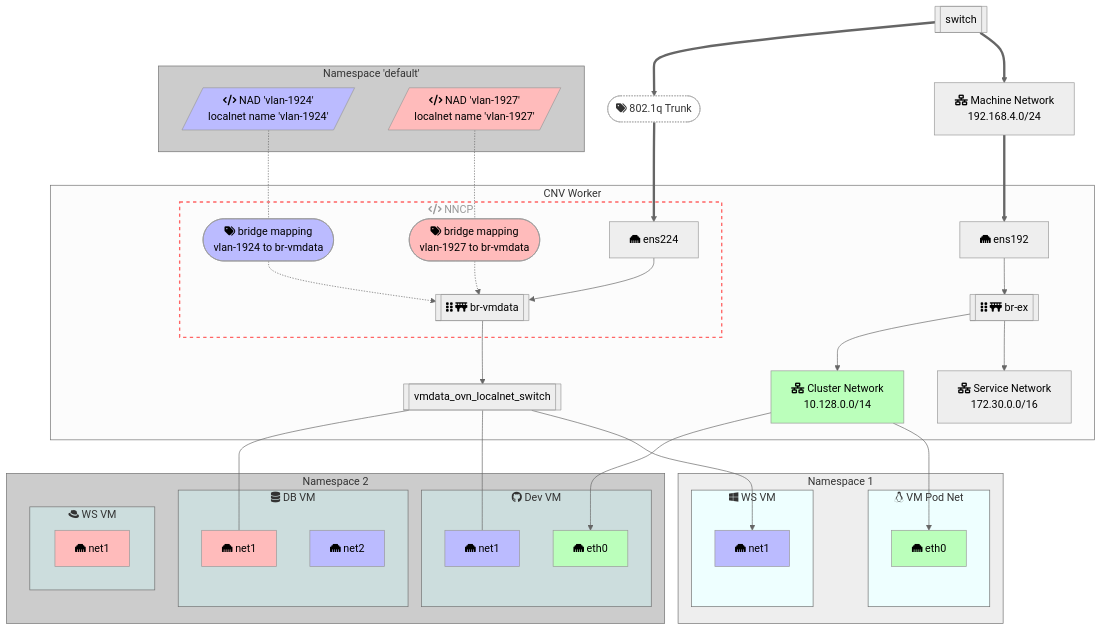
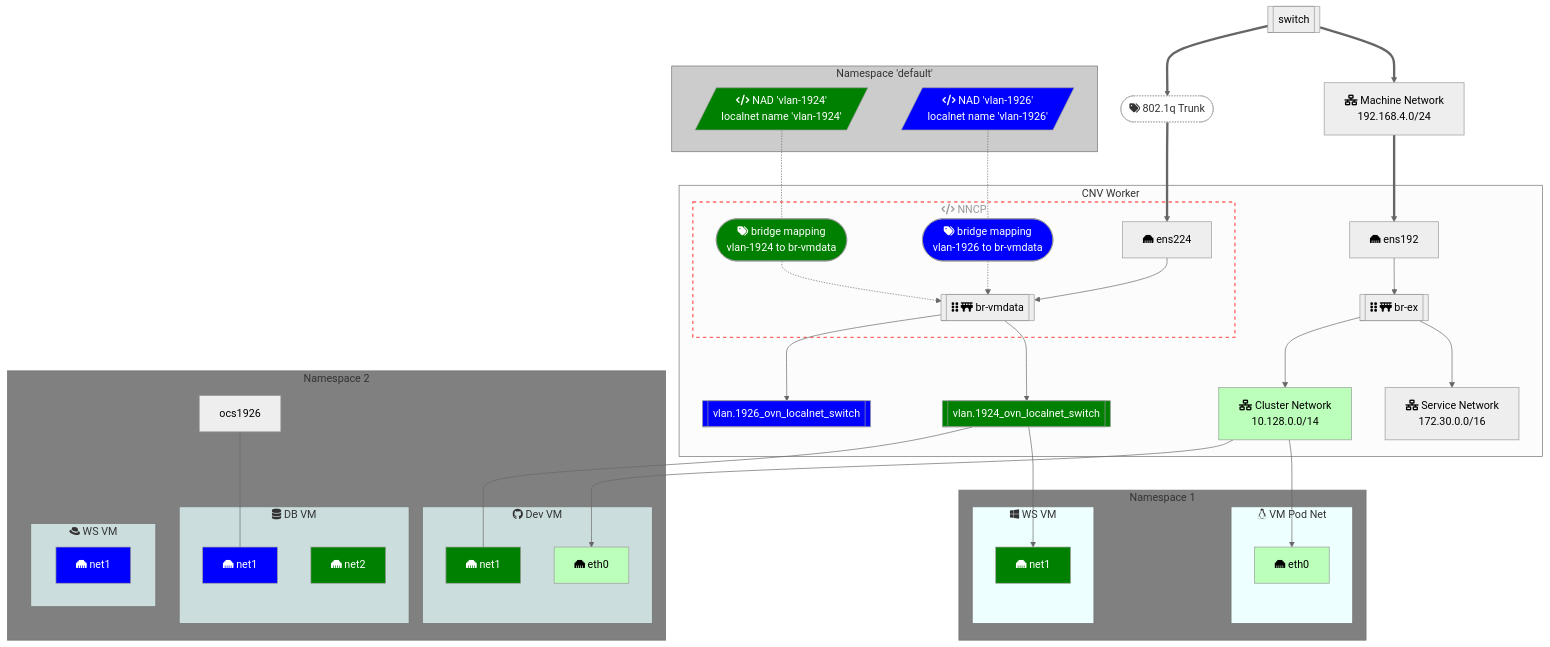
One commit to dlbewley/demo-virt changed the first of 3 diagrams in networking/diagram.md. Above: the diagram before and after it, drawn with Mermaid (neutral theme).

Commit message:
ovs switch per network

````diff
--- a/networking/diagram.md
+++ b/networking/diagram.md
@@ -33,17 +33,18 @@
       ens224["fa:fa-ethernet ens224"]
       ens224 --> br-vmdata[["fa:fa-grip-vertical fa:fa-bridge br-vmdata"]]
       BM1924(["fa:fa-tags bridge mapping\nvlan-1924 to br-vmdata"]) -.-> br-vmdata
-      BM1927(["fa:fa-tags bridge mapping\nvlan-1927 to br-vmdata"]) -.-> br-vmdata
+      BM1926(["fa:fa-tags bridge mapping\nvlan-1926 to br-vmdata"]) -.-> br-vmdata
 
     end
 
-    br-vmdata --> vmdata_ovn_localnet_switch[[vmdata_ovn_localnet_switch]]
+    br-vmdata --> ovs1924[[vlan.1924_ovn_localnet_switch]]
+    br-vmdata --> ovs1926[[vlan.1926_ovn_localnet_switch]]
 
   end
 
   subgraph nsdefault["Namespace 'default'"]
     ns2-nad-1924[/"fa:fa-code NAD 'vlan-1924'\nlocalnet name 'vlan-1924'"/] -.- BM1924
-    ns2-nad-1927[/"fa:fa-code NAD 'vlan-1927'\nlocalnet name 'vlan-1927'"/] -.- BM1927
+    ns2-nad-1926[/"fa:fa-code NAD 'vlan-1926'\nlocalnet name 'vlan-1926'"/] -.- BM1926
   end
 
   subgraph ns1["Namespace 1"]
@@ -55,7 +56,7 @@
     subgraph ns1-vm2[fab:fa-windows WS VM]
         ns1-vm2-nic1["fa:fa-ethernet net1"]
     end
-    vmdata_ovn_localnet_switch  --> ns1-vm2-nic1
+    ovs1924  --> ns1-vm2-nic1
   end
 
   subgraph ns2["Namespace 2"]
@@ -75,29 +76,29 @@
         ns2-vm3-nic1["fa:fa-ethernet net1"]
     end
 
-    vmdata_ovn_localnet_switch --- ns2-vm1-nic1
-    vmdata_ovn_localnet_switch --- ns2-vm2-nic1
+    ovs1924 --- ns2-vm1-nic1
+    ocs1926 --- ns2-vm2-nic1
   end
 
   classDef clusterNet fill:#bfb
   class clusternet,nginx-nic,ns2-vm1-nic2 clusterNet
 
-  classDef vlan-1924 fill:#bbf
-  class ens224.1924,BM1924,ns1-nad-1924,ns2-nad-1924,ns1-vm2-nic1,ns1-ws2-1924,ns2-vm1-nic1,ns2-vm2-nic2 vlan-1924
+  classDef vlan-1924 fil:#ababff, fill:Green, color:White
+  class ens224.1924,BM1924,ns1-nad-1924,ns2-nad-1924,ns1-vm2-nic1,ns1-ws2-1924,ns2-vm1-nic1,ns2-vm2-nic2,ovs1924 vlan-1924
 
-  classDef vlan-1927 fill:#fbb
-  class ens224.1927,BM1927,ns1-nad-1927,ns2-nad-1927,ns2-vm2-nic1,ns2-vm3-nic1 vlan-1927
+  classDef vlan-1926 fil:#fbb, fill:Blue, color:White
+  class ens224.1926,BM1926,ns1-nad-1926,ns2-nad-1926,ns2-vm2-nic1,ns2-vm3-nic1,ovs1926 vlan-1926
 
   style nncp stroke:#f66,stroke-width:2px,color:#999,stroke-dasharray: 5 5
   style T fill:white,stroke:darkgrey,stroke-width:1px,color:#333,stroke-dasharray: 2 2
 
   classDef ns1-vm fill:#eff
   class ns1-vm1,ns1-vm2 ns1-vm
-  style ns1 fill:#eee
+  style ns1 fill:Grey
 
   classDef ns2-vm fill:#cdd
   class ns2-vm1,ns2-vm2,ns2-vm3 ns2-vm
-  style ns2 fill:#ccc
+  style ns2 fill:Grey
 
   style nsdefault fill:#ccc
 ```
````
